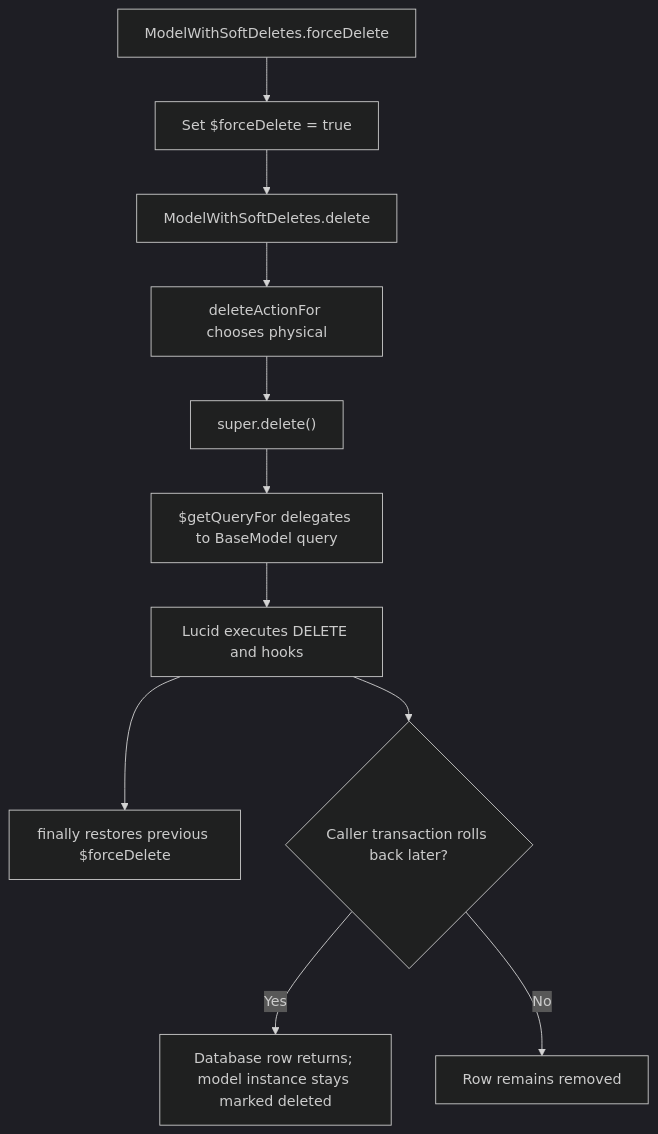
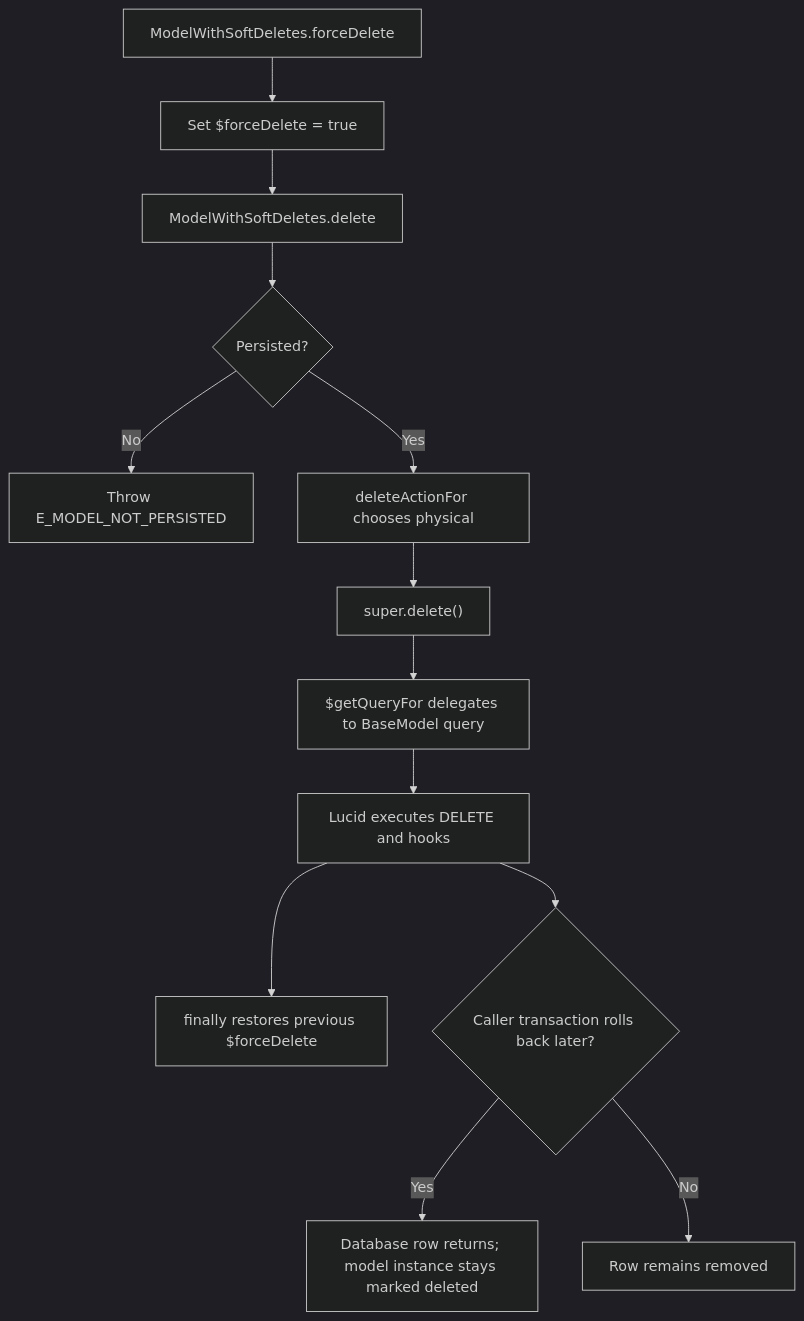
The second of 2 diagrams in user-stories/purge-instance/us-app-04-purge-instance.md (Kevinjohn/oss-adonisjs-lucid-soft-delete), drawn with Mermaid (dark theme) before and after one commit. The commit also changed other lines of this file and 15 other files, not shown here.

````diff
--- a/user-stories/purge-instance/us-app-04-purge-instance.md
+++ b/user-stories/purge-instance/us-app-04-purge-instance.md
@@ -34,13 +37,15 @@
 ```mermaid
 flowchart TD
     A["ModelWithSoftDeletes.forceDelete"] --> B["Set $forceDelete = true"]
     B --> C["ModelWithSoftDeletes.delete"]
-    C --> D["deleteActionFor chooses physical"]
+    C --> U{"Persisted?"}
+    U -->|"No"| V["Throw E_MODEL_NOT_PERSISTED"]
+    U -->|"Yes"| D["deleteActionFor chooses physical"]
     D --> E["super.delete()"]
     E --> F["$getQueryFor delegates to BaseModel query"]
     F --> G["Lucid executes DELETE and hooks"]
     G --> H["finally restores previous $forceDelete"]
     G --> I{"Caller transaction rolls back later?"}
     I -->|Yes| J["Database row returns; model instance stays marked deleted"]
     I -->|No| K["Row remains removed"]
 ```
````
